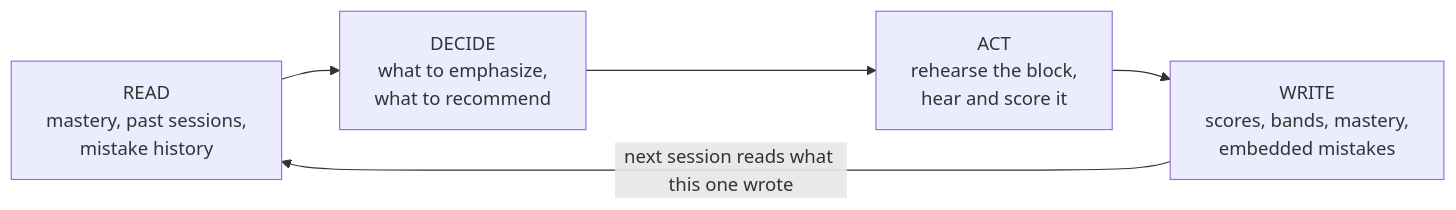
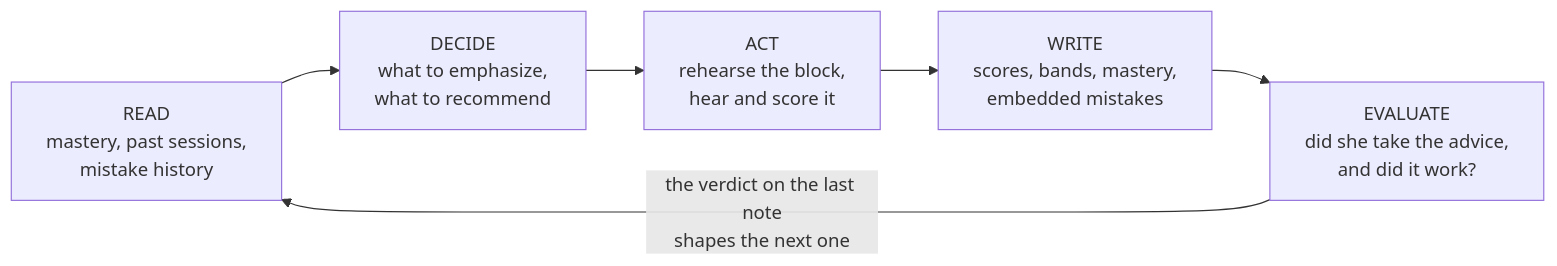
Before and after one commit to chillbrodev/book-holder: the first of 3 diagrams in README.md, drawn with Mermaid. The commit also changed other lines of this file, not shown here.

````diff
--- a/README.md
+++ b/README.md
@@ -71,10 +71,11 @@
 ```mermaid
 flowchart LR
     READ["READ<br/>mastery, past sessions,<br/>mistake history"]
     DECIDE["DECIDE<br/>what to emphasize,<br/>what to recommend"]
     ACT["ACT<br/>rehearse the block,<br/>hear and score it"]
     WRITE["WRITE<br/>scores, bands, mastery,<br/>embedded mistakes"]
+    EVALUATE["EVALUATE<br/>did she take the advice,<br/>and did it work?"]
 
-    READ --> DECIDE --> ACT --> WRITE
-    WRITE -->|"next session reads what this one wrote"| READ
+    READ --> DECIDE --> ACT --> WRITE --> EVALUATE
+    EVALUATE -->|"the verdict on the last note<br/>shapes the next one"| READ
 ```
````
